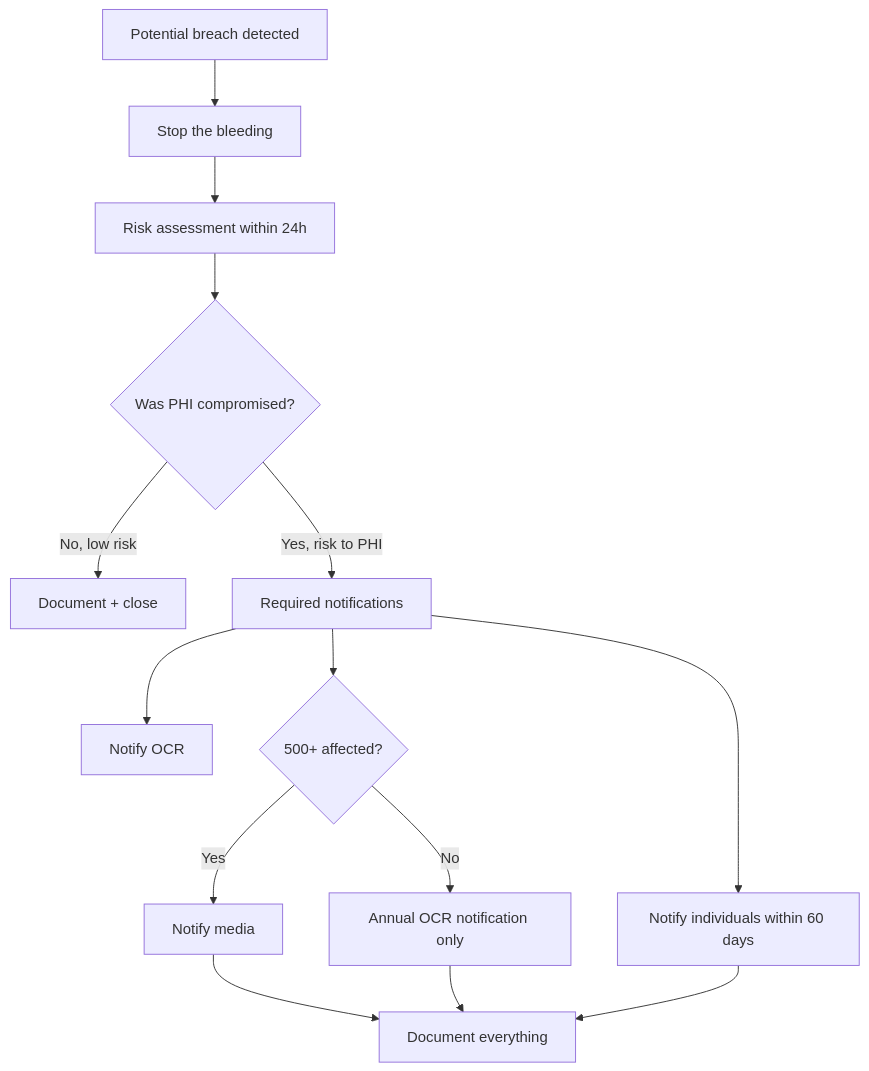
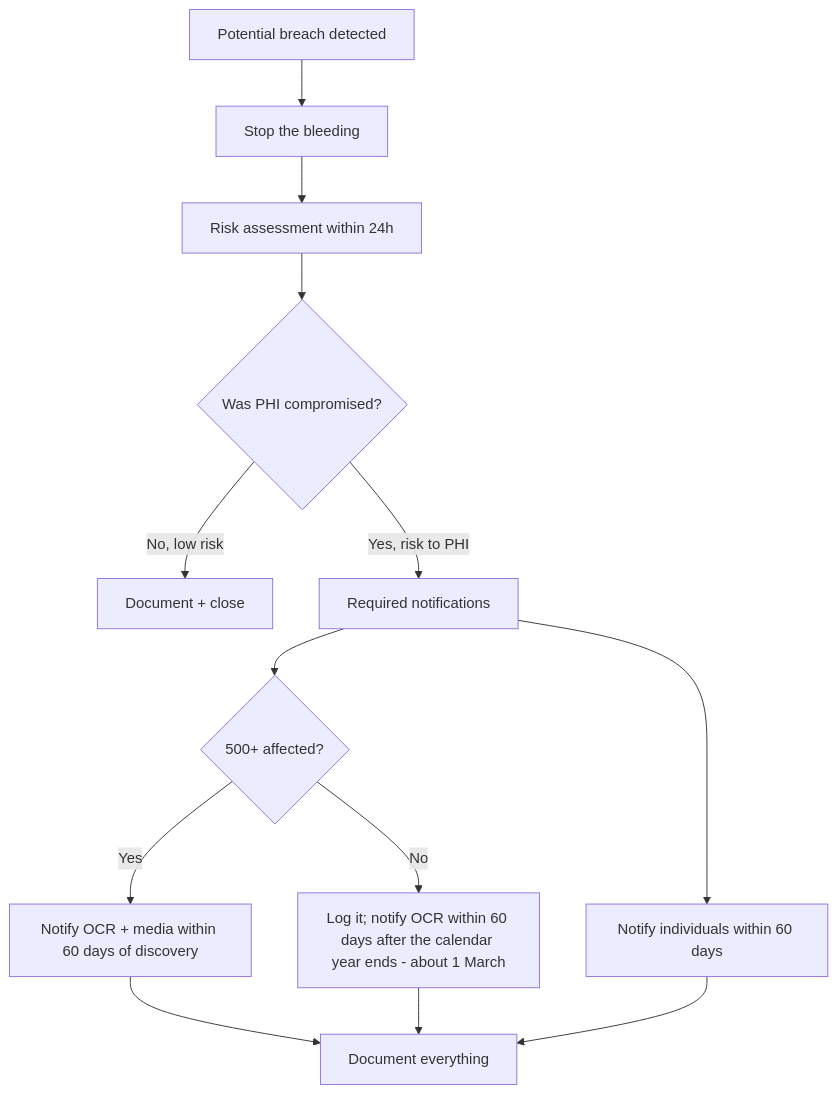
One commit to sansernonline/SQT-Marketplace changed the diagram in dist/gemini-cli/software-company/skills/healthcare-systems/references/agent-hipaa-officer.md. Above: the diagram before and after it, drawn with Mermaid. The commit also changed other lines of this file and 15980 other files, not shown here.

````diff
--- a/dist/gemini-cli/software-company/skills/healthcare-systems/references/agent-hipaa-officer.md
+++ b/dist/gemini-cli/software-company/skills/healthcare-systems/references/agent-hipaa-officer.md
@@ -75,16 +75,15 @@
 ```mermaid
 flowchart TD
     A[Potential breach detected] --> B[Stop the bleeding]
     B --> C[Risk assessment within 24h]
     C --> D{Was PHI compromised?}
     D -->|No, low risk| E[Document + close]
     D -->|Yes, risk to PHI| F[Required notifications]
     F --> G[Notify individuals within 60 days]
-    F --> H[Notify OCR]
     F --> I{500+ affected?}
-    I -->|Yes| J[Notify media]
-    I -->|No| K[Annual OCR notification only]
+    I -->|Yes| J[Notify OCR + media within 60 days of discovery]
+    I -->|No| K[Log it; notify OCR within 60 days after the calendar year ends - about 1 March]
     J --> L[Document everything]
     K --> L
     G --> L
 ```
````
